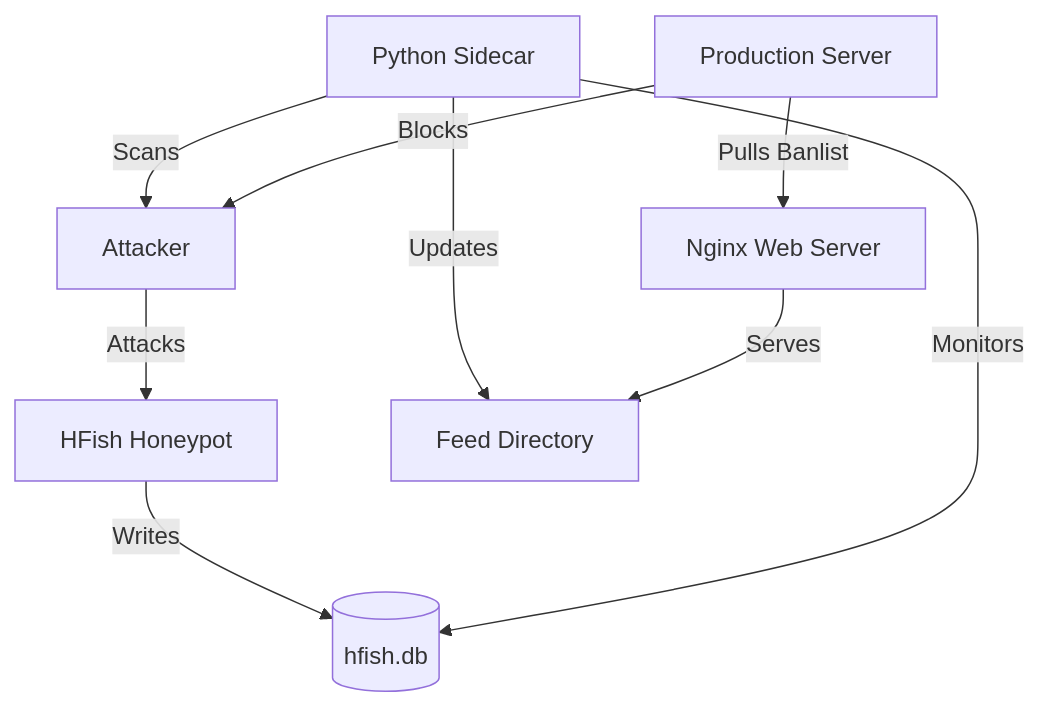
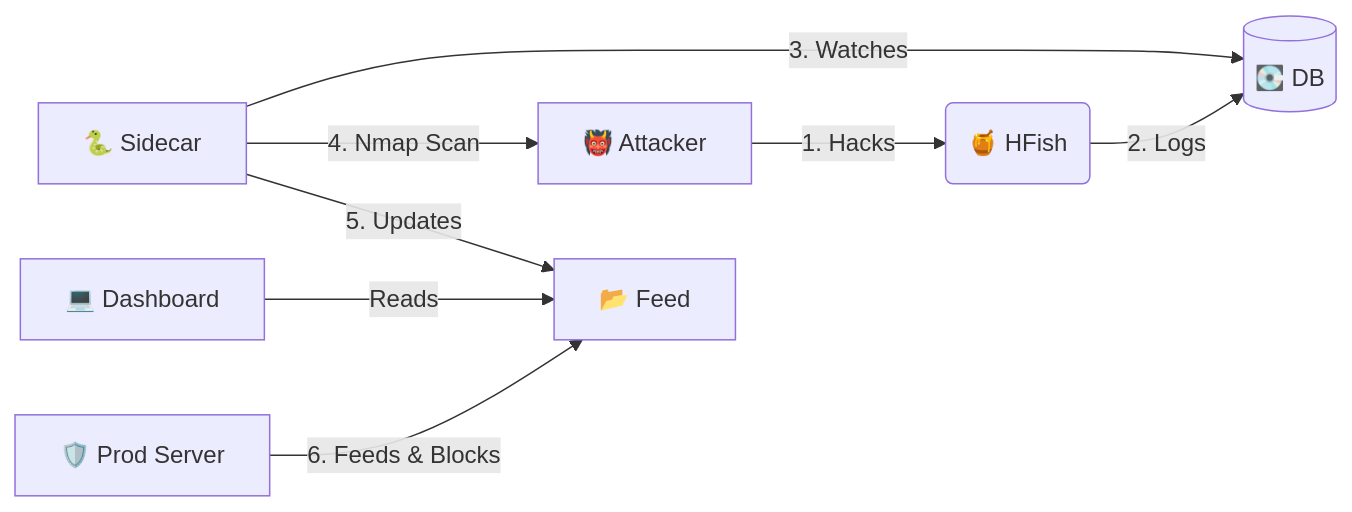
Before and after one commit to derlemue/honey-scan: the diagram in README.md, drawn with Mermaid. The commit also changed other lines of this file and 1 other file, not shown here.

````diff
--- a/README.md
+++ b/README.md
@@ -50,11 +41,10 @@
 ```mermaid
-graph TD
-    Attacker[Attacker] -- Attacks --> HFish[HFish Honeypot]
-    HFish -- Writes --> DB[(hfish.db)]
-    Sidecar[Python Sidecar] -- Monitors --> DB
-    Sidecar -- Scans --> Attacker
-    Sidecar -- Updates --> Feed[Feed Directory]
-    Nginx[Nginx Web Server] -- Serves --> Feed
-    Production[Production Server] -- Pulls Banlist --> Nginx
-    Production -- Blocks --> Attacker
+graph LR
+    A[👹 Attacker] -- 1. Hacks --> B(🍯 HFish)
+    B -- 2. Logs --> C[(💽 DB)]
+    D[🐍 Sidecar] -- 3. Watches --> C
+    D -- 4. Nmap Scan --> A
+    D -- 5. Updates --> E[📂 Feed]
+    F[💻 Dashboard] -- Reads --> E
+    G[🛡️ Prod Server] -- 6. Feeds & Blocks --> E
 ```
````
